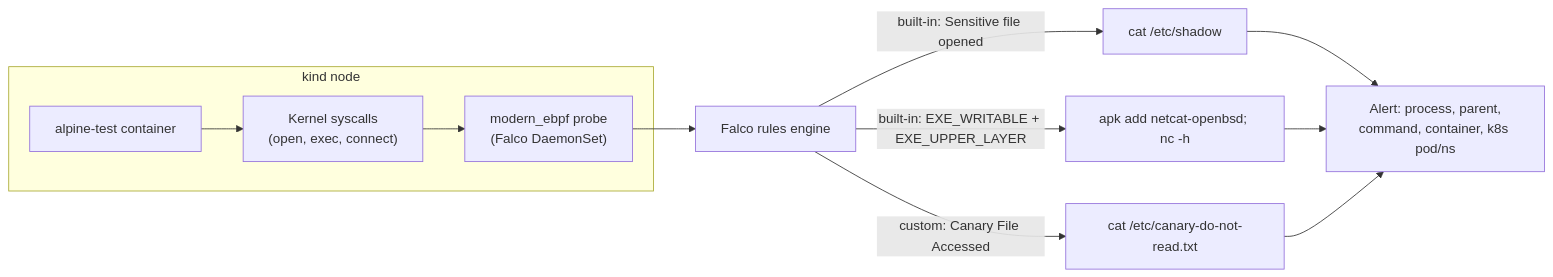
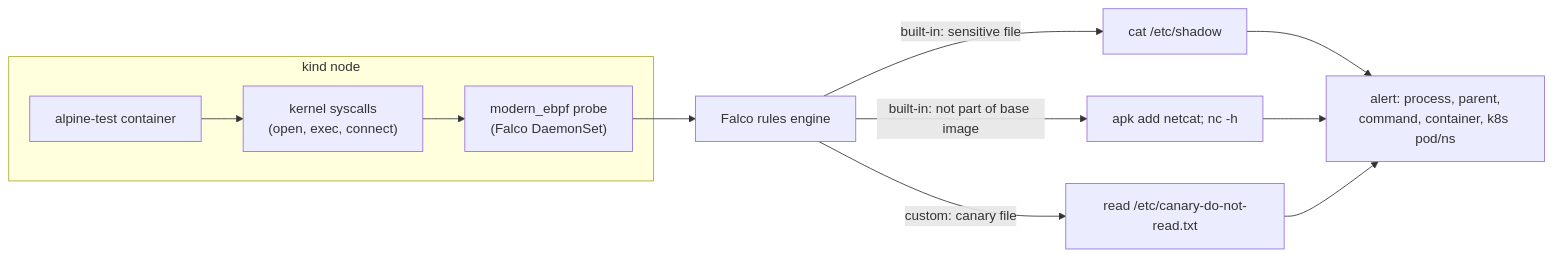
One commit to datacouch-io/Advanced_Kubernetes_Nutanix changed the diagram in lab-E-falco-runtime-security.md. Above: the diagram before and after it, drawn with Mermaid. The commit also changed other lines of this file and 320 other files, not shown here.

````diff
--- a/lab-E-falco-runtime-security.md
+++ b/lab-E-falco-runtime-security.md
@@ -41,16 +41,14 @@
 ```mermaid
 flowchart LR
     subgraph NODE["kind node"]
         CONTAINER["alpine-test container"]
-        SYSCALL["Kernel syscalls<br/>(open, exec, connect)"]
+        SYSCALL["kernel syscalls<br/>(open, exec, connect)"]
         EBPF["modern_ebpf probe<br/>(Falco DaemonSet)"]
         CONTAINER --> SYSCALL --> EBPF
     end
-
     EBPF --> ENGINE["Falco rules engine"]
-    ENGINE -->|"built-in: Sensitive file opened"| A1["cat /etc/shadow"]
-    ENGINE -->|"built-in: EXE_WRITABLE + EXE_UPPER_LAYER"| A2["apk add netcat-openbsd; nc -h"]
-    ENGINE -->|"custom: Canary File Accessed"| A3["cat /etc/canary-do-not-read.txt"]
-
-    A1 & A2 & A3 --> ALERT["Alert: process, parent,<br/>command, container, k8s pod/ns"]
+    ENGINE -->|"built-in: sensitive file"| A1["cat /etc/shadow"]
+    ENGINE -->|"built-in: not part of base image"| A2["apk add netcat; nc -h"]
+    ENGINE -->|"custom: canary file"| A3["read /etc/canary-do-not-read.txt"]
+    A1 & A2 & A3 --> ALERT["alert: process, parent,<br/>command, container, k8s pod/ns"]
 ```
````
